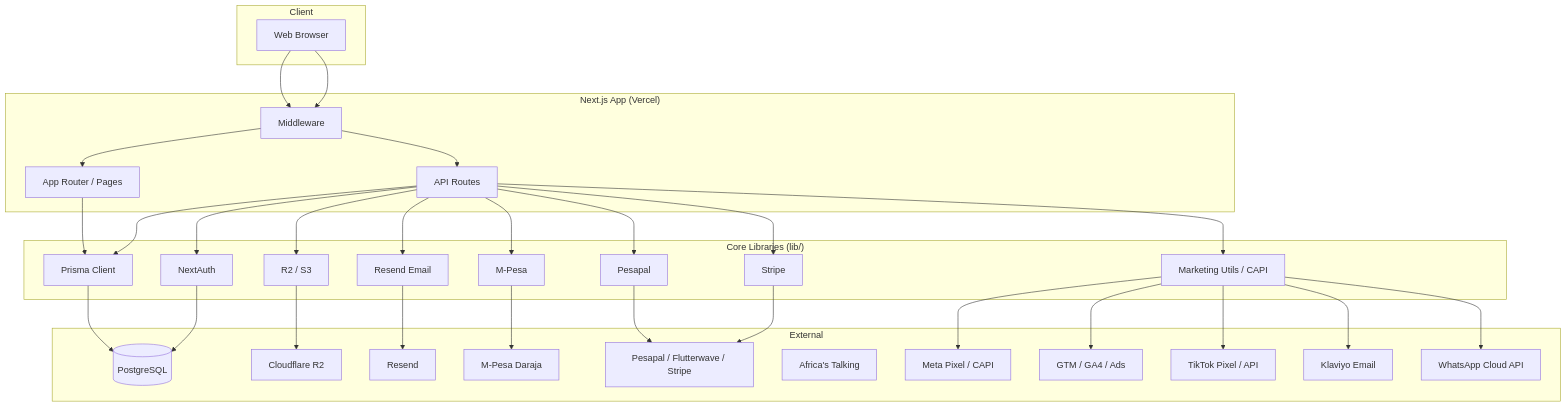
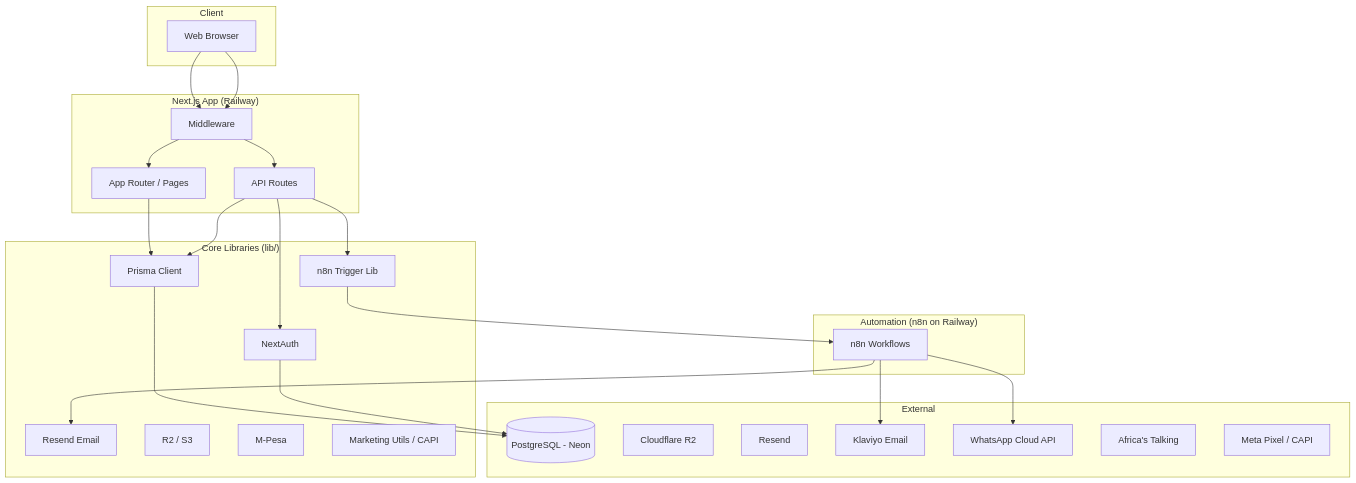
One commit to Ezana-Group/printhub_africa changed the first of 2 diagrams in docs/SYSTEM_ARCHITECTURE.md. Above: the diagram before and after it, drawn with Mermaid. The commit also changed other lines of this file and 27 other files, not shown here.

Commit message:
feat: integrate n8n automation engine, update railway docs, and move orchestration to n8n

````diff
--- a/docs/SYSTEM_ARCHITECTURE.md
+++ b/docs/SYSTEM_ARCHITECTURE.md
@@ -42,61 +42,49 @@
 ```mermaid
 flowchart TB
   subgraph Client
     Browser[Web Browser]
   end
 
-  subgraph "Next.js App (Vercel)"
+  subgraph "Next.js App (Railway)"
     AppRouter[App Router / Pages]
     APIRoutes[API Routes]
     Middleware[Middleware]
+  end
+
+  subgraph "Automation (n8n on Railway)"
+    Workflows[n8n Workflows]
   end
 
   subgraph "Core Libraries (lib/)"
     Auth[NextAuth]
     PrismaLib[Prisma Client]
     Email[Resend Email]
+    n8nLib[n8n Trigger Lib]
     S3R2[R2 / S3]
     Mpesa[M-Pesa]
-    Pesapal[Pesapal]
-    Stripe[Stripe]
     Marketing[Marketing Utils / CAPI]
   end
 
   subgraph External
-    DB[(PostgreSQL)]
+    DB[(PostgreSQL - Neon)]
     R2[Cloudflare R2]
     Resend[Resend]
-    Daraja[M-Pesa Daraja]
-    PaymentGW[Pesapal / Flutterwave / Stripe]
+    Klaviyo[Klaviyo Email]
+    WhatsApp[WhatsApp Cloud API]
     SMS[Africa's Talking]
     Meta[Meta Pixel / CAPI]
-    Google[GTM / GA4 / Ads]
-    TikTok[TikTok Pixel / API]
-    Klaviyo[Klaviyo Email]
-    WhatsApp[WhatsApp Cloud API]
   end
 
   Browser --> Middleware --> AppRouter
   Browser --> Middleware --> APIRoutes
   AppRouter --> PrismaLib
   APIRoutes --> Auth
   APIRoutes --> PrismaLib
-  APIRoutes --> Email
-  APIRoutes --> S3R2
-  APIRoutes --> Mpesa
-  APIRoutes --> Pesapal
-  APIRoutes --> Stripe
-  APIRoutes --> Marketing
+  APIRoutes --> n8nLib
+  n8nLib --> Workflows
+  Workflows --> Email
+  Workflows --> WhatsApp
+  Workflows --> Klaviyo
   PrismaLib --> DB
-  S3R2 --> R2
-  Email --> Resend
-  Mpesa --> Daraja
-  Pesapal --> PaymentGW
-  Stripe --> PaymentGW
-  Marketing --> Meta
-  Marketing --> TikTok
-  Marketing --> Google
-  Marketing --> Klaviyo
-  Marketing --> WhatsApp
   Auth --> DB
 ```
````
